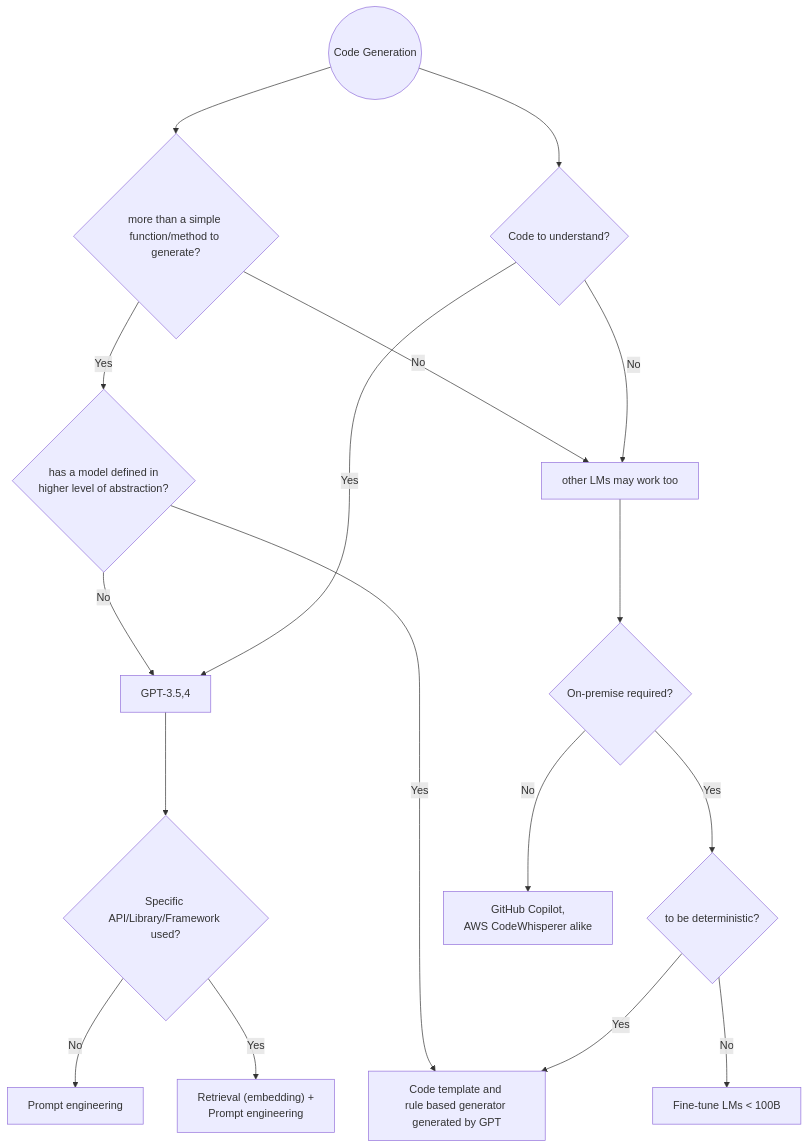
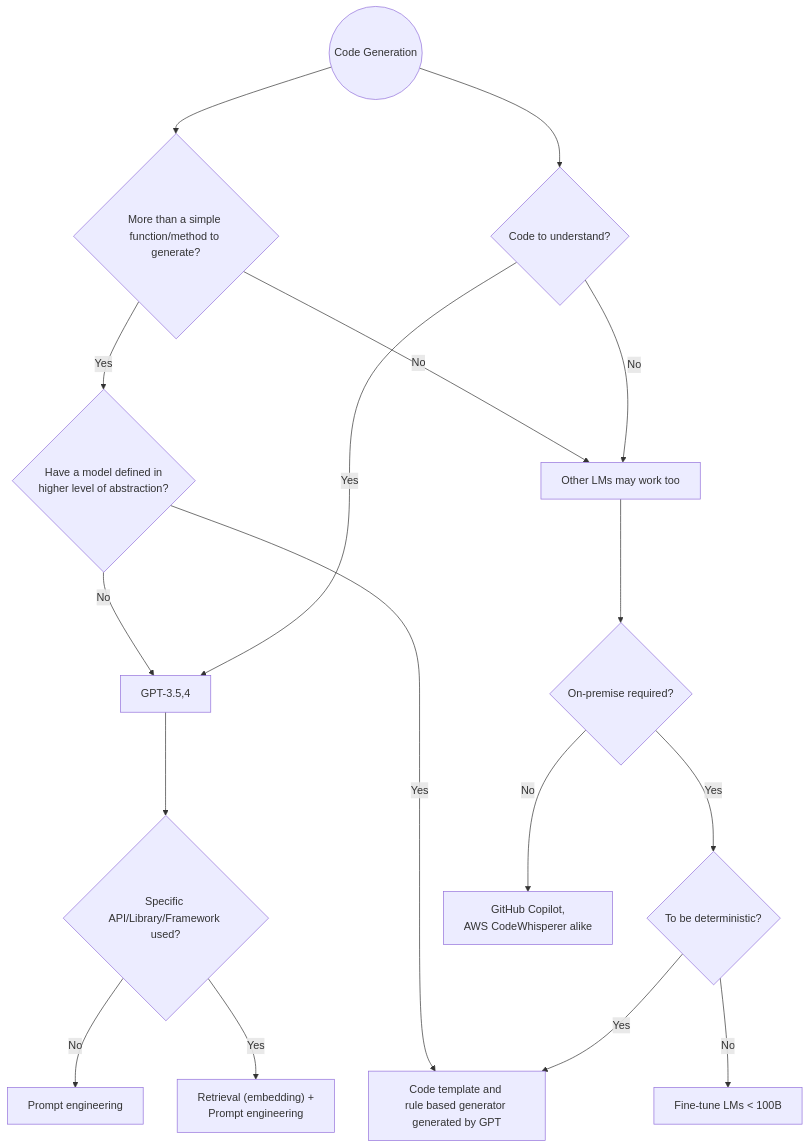
One commit to AI-LLM/ai-llm.github.io changed the diagram in Code-LLM-alternatives.md. Above: the diagram before and after it, drawn with Mermaid.

````diff
--- a/Code-LLM-alternatives.md
+++ b/Code-LLM-alternatives.md
@@ -420,19 +420,19 @@
 ```mermaid
 graph TD;
-    S((Code Generation))-->Q1{"more than a simple \nfunction/method to generate?"};
+    S((Code Generation))-->Q1{"More than a simple \nfunction/method to generate?"};
     S-->Q2{Code to understand?};
-    Q1 -- Yes --> Q1a{"has a model defined in \nhigher level of abstraction?"}
+    Q1 -- Yes --> Q1a{"Have a model defined in \nhigher level of abstraction?"}
     Q1a -- No --> P1[GPT-3.5,4];
     Q1a -- Yes --> P21
-    Q1 -- No -->P2[other LMs may work too];
+    Q1 -- No -->P2[Other LMs may work too];
     Q2 -- Yes -->P1[GPT-3.5,4];
     Q2 -- No -->P2;
     P1 --> Q3{"Specific \nAPI/Library/Framework used?"};
     Q3 -- No -->P10[Prompt engineering];
     Q3 -- Yes -->P11["Retrieval (embedding) + \nPrompt engineering"];
     P2 --> Q4{On-premise required?};
-    Q4 -- Yes --> Q5{to be deterministic?};
+    Q4 -- Yes --> Q5{To be deterministic?};
     Q4 -- No --> P23["GitHub Copilot, \nAWS CodeWhisperer alike"]
     Q5 -- Yes --> P21["Code template and \nrule based generator generated by GPT"]
     Q5 -- No --> P22[Fine-tune LMs < 100B]
 ```
````
